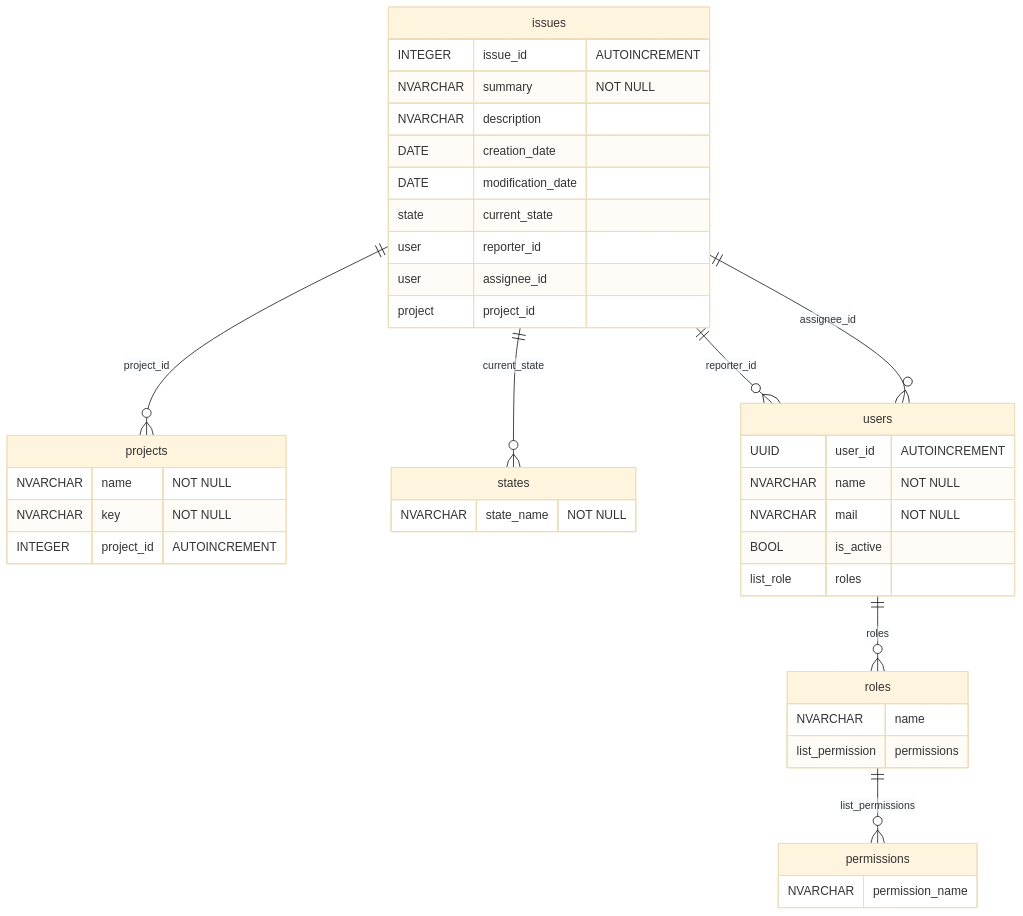
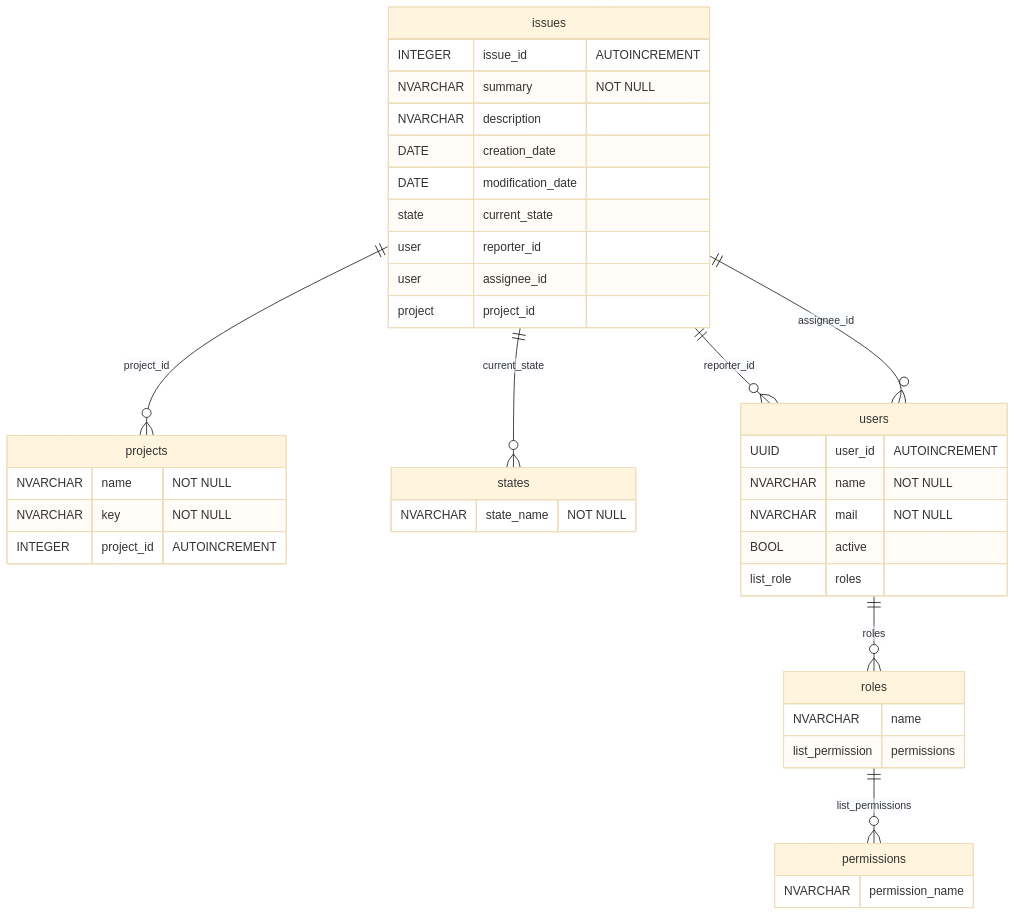
One commit to ShanSanear/TaskTracker changed the diagram in architecture/database.md. Above: the diagram before and after it, drawn with Mermaid (base theme).

Commit message:
Change in database structure

````diff
--- a/architecture/database.md
+++ b/architecture/database.md
@@ -1,52 +1,52 @@
 ```mermaid
 erDiagram
 
   issues {
     INTEGER issue_id "AUTOINCREMENT"
     NVARCHAR summary "NOT NULL"
     NVARCHAR description
     DATE creation_date
     DATE modification_date
     state current_state
     user reporter_id
     user assignee_id
     project project_id
   }
   
   projects {
     NVARCHAR name "NOT NULL"
     NVARCHAR key "NOT NULL"
     INTEGER project_id "AUTOINCREMENT"
   }
   
   states {
     NVARCHAR state_name "NOT NULL"
   }
   
   users {
     UUID user_id "AUTOINCREMENT"
     NVARCHAR name "NOT NULL"
     NVARCHAR mail "NOT NULL"
-    BOOL is_active 
+    BOOL active 
     list_role roles
     
   }
   
   roles {
     NVARCHAR name
     list_permission permissions
   }
   
   permissions {
     NVARCHAR permission_name
   }
   
   
   issues ||--o{ projects : "project_id"
   issues ||--o{ users : "reporter_id"
   issues ||--o{ users : "assignee_id"
   issues ||--o{ states : "current_state"
   users ||--o{ roles : "roles"
   roles ||--o{ permissions : "list_permissions"
 
 ```
````
